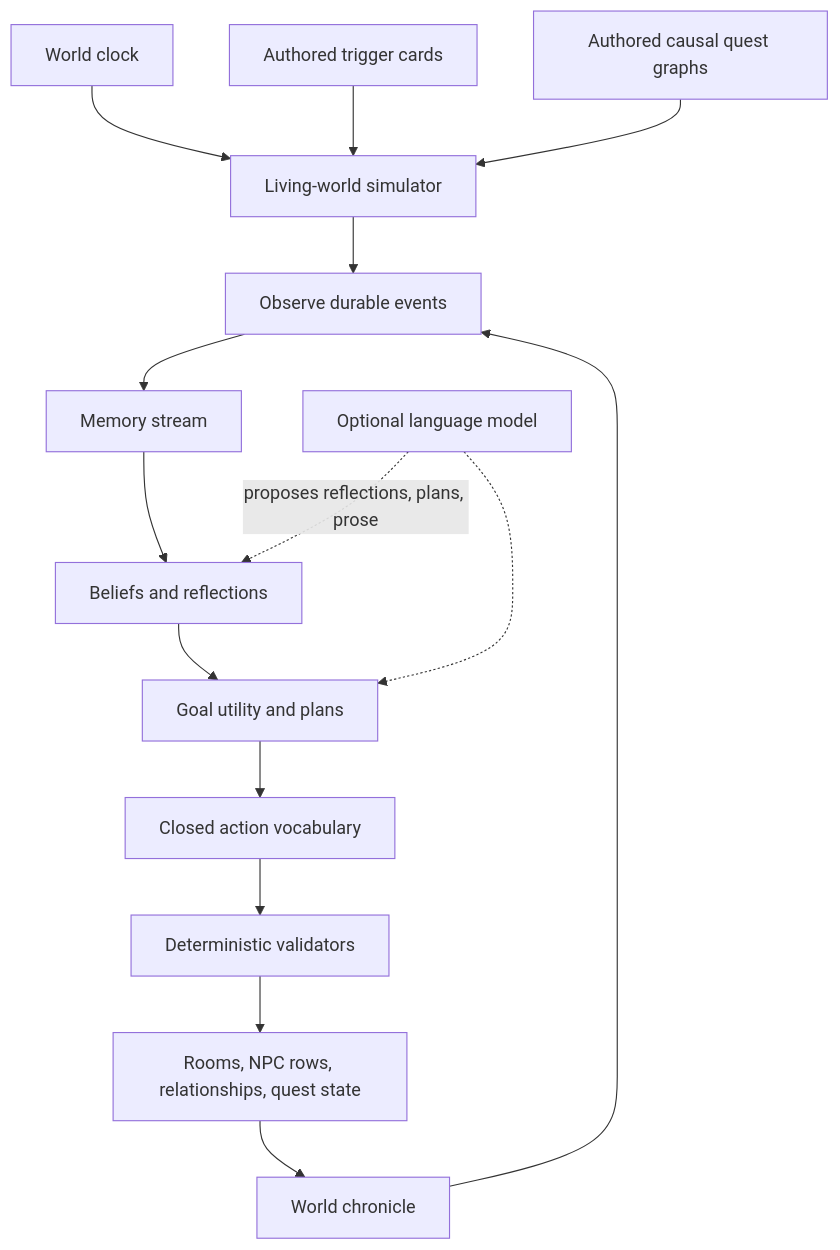
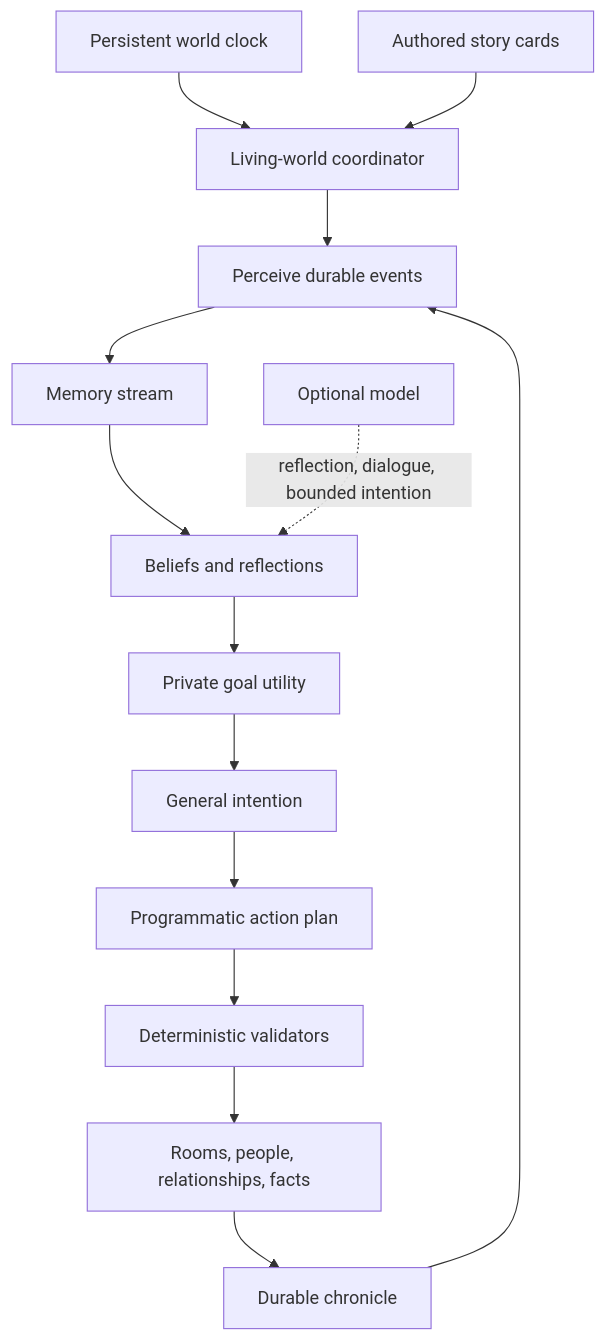
Before and after one commit to GoldenWind8/roguelike-mvp: the diagram in docs/LIVING_WORLD.md, drawn with Mermaid. The commit also changed other lines of this file and 27 other files, not shown here.

Commit message:
Complete autonomous living world integration

````diff
--- a/docs/LIVING_WORLD.md
+++ b/docs/LIVING_WORLD.md
@@ -68,17 +73,16 @@
 ```mermaid
 flowchart TD
-    Clock["World clock"] --> Sim["Living-world simulator"]
-    Sim --> Observe["Observe durable events"]
+    Clock["Persistent world clock"] --> Sim["Living-world coordinator"]
+    Sim --> Observe["Perceive durable events"]
     Observe --> Memory["Memory stream"]
     Memory --> Reflect["Beliefs and reflections"]
-    Reflect --> Goals["Goal utility and plans"]
-    Goals --> Actions["Closed action vocabulary"]
+    Reflect --> Goals["Private goal utility"]
+    Goals --> Intent["General intention"]
+    Intent --> Actions["Programmatic action plan"]
     Actions --> Rules["Deterministic validators"]
-    Rules --> World["Rooms, NPC rows, relationships, quest state"]
-    World --> Chronicle["World chronicle"]
+    Rules --> World["Rooms, people, relationships, facts"]
+    World --> Chronicle["Durable chronicle"]
     Chronicle --> Observe
-    Triggers["Authored trigger cards"] --> Sim
-    Quests["Authored causal quest graphs"] --> Sim
-    LLM["Optional language model"] -. "proposes reflections, plans, prose" .-> Reflect
-    LLM -.-> Goals
+    Triggers["Authored story cards"] --> Sim
+    LLM["Optional model"] -. "reflection, dialogue, bounded intention" .-> Reflect
 ```
````
